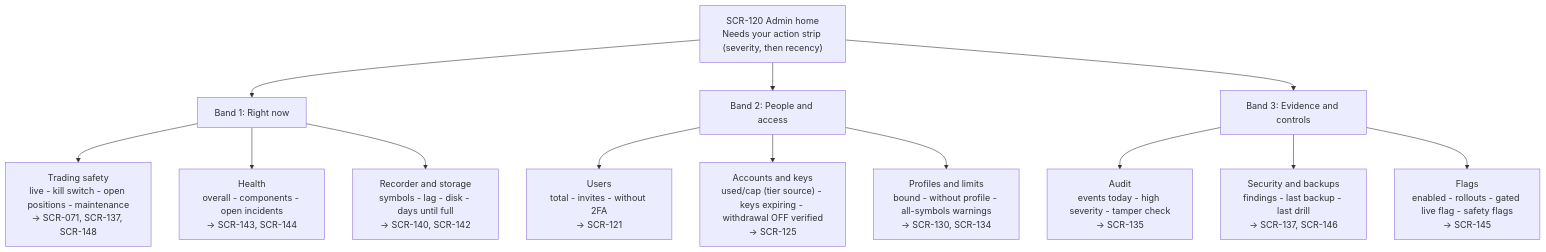
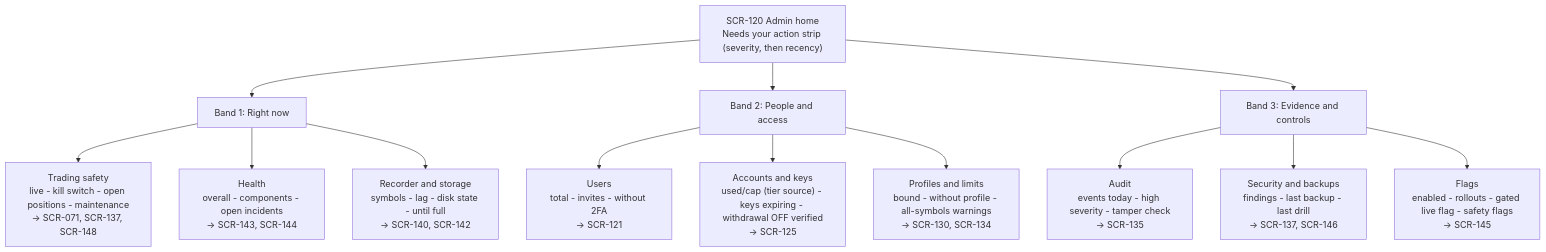
The second of 2 diagrams in docs/design/research/e42-admin.md (CandleViewer/CandleViewer), drawn with Mermaid before and after one commit. The commit also changed other lines of this file, not shown here.

````diff
--- a/docs/design/research/e42-admin.md
+++ b/docs/design/research/e42-admin.md
@@ -473,16 +495,16 @@
 ```mermaid
 flowchart TB
   H["SCR-120 Admin home<br/>Needs your action strip (severity, then recency)"]
   H --> B1["Band 1: Right now"]
   H --> B2["Band 2: People and access"]
   H --> B3["Band 3: Evidence and controls"]
   B1 --> T1["Trading safety<br/>live - kill switch - open positions - maintenance<br/>-> SCR-071, SCR-137, SCR-148"]
   B1 --> T2["Health<br/>overall - components - open incidents<br/>-> SCR-143, SCR-144"]
-  B1 --> T3["Recorder and storage<br/>symbols - lag - disk - days until full<br/>-> SCR-140, SCR-142"]
+  B1 --> T3["Recorder and storage<br/>symbols - lag - disk state - until full<br/>-> SCR-140, SCR-142"]
   B2 --> T4["Users<br/>total - invites - without 2FA<br/>-> SCR-121"]
   B2 --> T5["Accounts and keys<br/>used/cap (tier source) - keys expiring - withdrawal OFF verified<br/>-> SCR-125"]
   B2 --> T6["Profiles and limits<br/>bound - without profile - all-symbols warnings<br/>-> SCR-130, SCR-134"]
   B3 --> T7["Audit<br/>events today - high severity - tamper check<br/>-> SCR-135"]
   B3 --> T8["Security and backups<br/>findings - last backup - last drill<br/>-> SCR-137, SCR-146"]
   B3 --> T9["Flags<br/>enabled - rollouts - gated live flag - safety flags<br/>-> SCR-145"]
 ```
````
